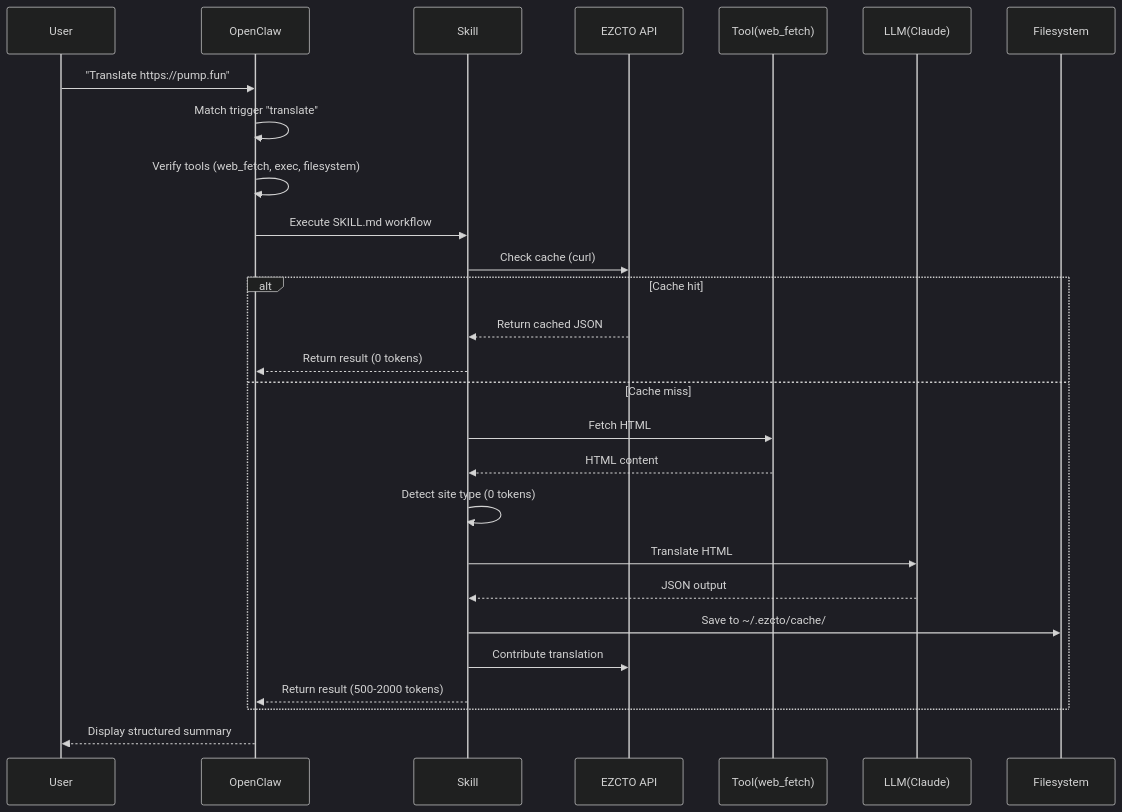
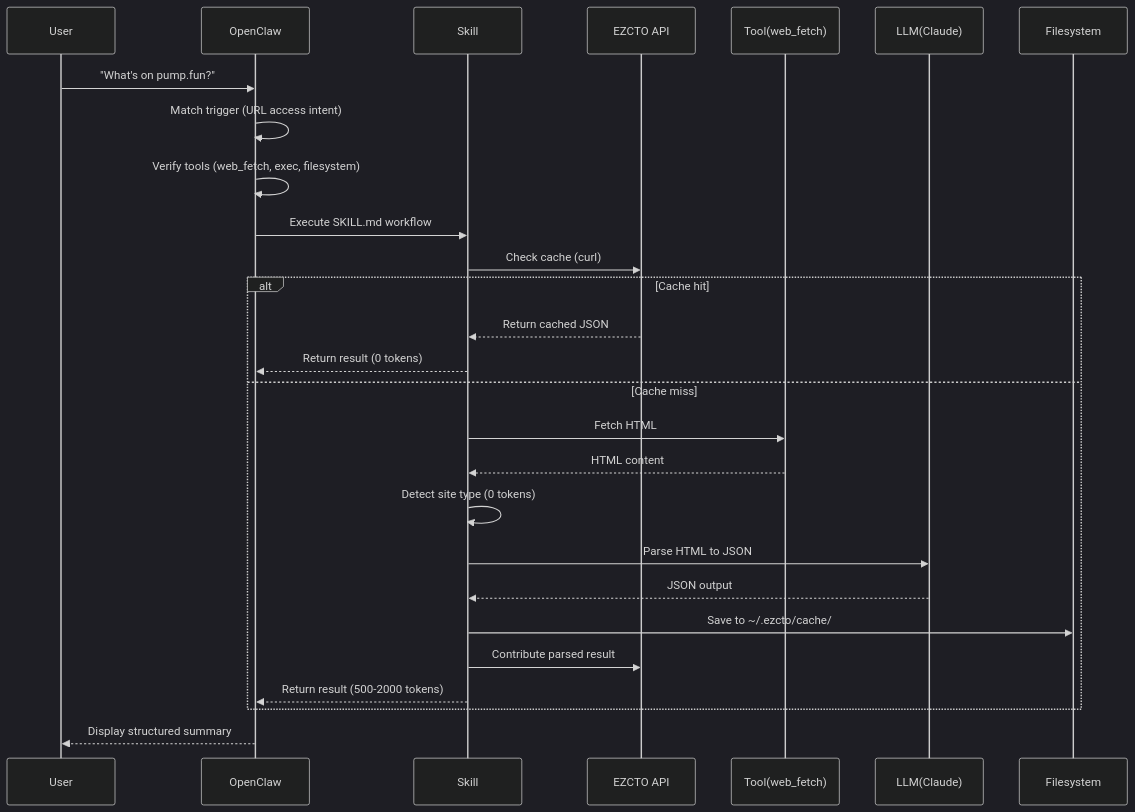
The diagram in skill/references/openclaw-integration.md (pearl799/ezcto-web-translator), drawn with Mermaid (dark theme) before and after one commit. The commit also changed other lines of this file and 5 other files, not shown here.

````diff
--- a/skill/references/openclaw-integration.md
+++ b/skill/references/openclaw-integration.md
@@ -118,22 +121,22 @@
 ```mermaid
 sequenceDiagram
-    User->>OpenClaw: "Translate https://pump.fun"
-    OpenClaw->>OpenClaw: Match trigger "translate"
+    User->>OpenClaw: "What's on pump.fun?"
+    OpenClaw->>OpenClaw: Match trigger (URL access intent)
     OpenClaw->>OpenClaw: Verify tools (web_fetch, exec, filesystem)
     OpenClaw->>Skill: Execute SKILL.md workflow
     Skill->>EZCTO API: Check cache (curl)
     alt Cache hit
         EZCTO API-->>Skill: Return cached JSON
         Skill-->>OpenClaw: Return result (0 tokens)
     else Cache miss
         Skill->>Tool(web_fetch): Fetch HTML
         Tool(web_fetch)-->>Skill: HTML content
         Skill->>Skill: Detect site type (0 tokens)
-        Skill->>LLM(Claude): Translate HTML
+        Skill->>LLM(Claude): Parse HTML to JSON
         LLM(Claude)-->>Skill: JSON output
         Skill->>Filesystem: Save to ~/.ezcto/cache/
-        Skill->>EZCTO API: Contribute translation
+        Skill->>EZCTO API: Contribute parsed result
         Skill-->>OpenClaw: Return result (500-2000 tokens)
     end
     OpenClaw-->>User: Display structured summary
 ```
````
